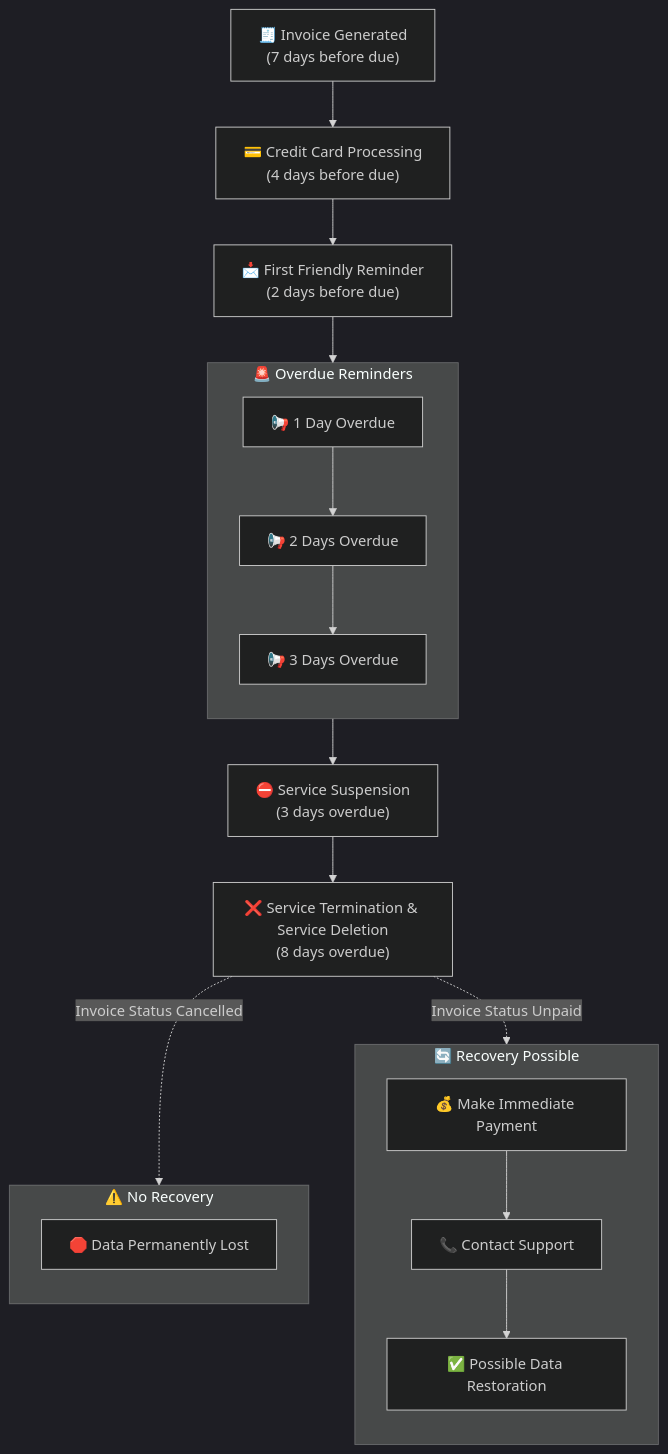
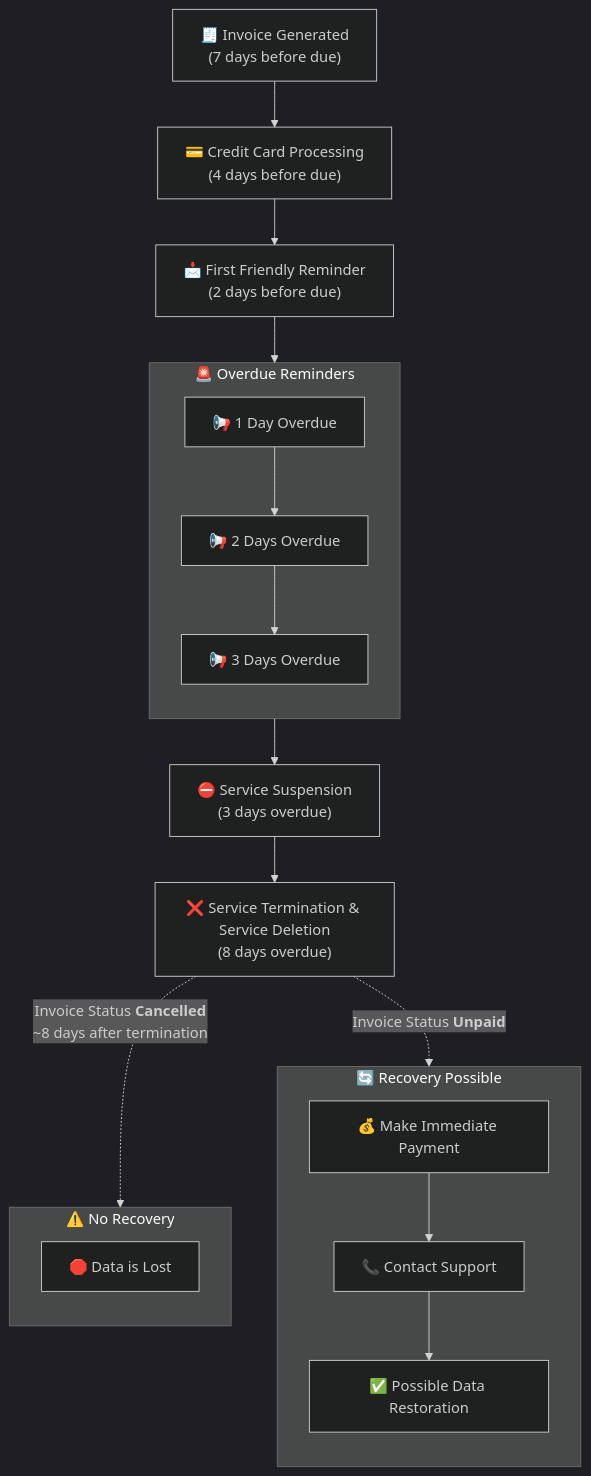
The diagram in faq/billing-lifecycle/automated-vps-billing-workflow.mdx (gExPl0ReR/docs), drawn with Mermaid (dark theme) before and after one commit. The commit also changed 1 other file, not shown here.

Commit message:
adjusting billing flowchart

````diff
--- a/faq/billing-lifecycle/automated-vps-billing-workflow.mdx
+++ b/faq/billing-lifecycle/automated-vps-billing-workflow.mdx
@@ -67,31 +67,31 @@
 ```mermaid
 flowchart TD
     A["🧾 Invoice Generated<br>(7 days before due)"] --> B["💳 Credit Card Processing<br>(4 days before due)"]
     B --> C["📩 First Friendly Reminder<br>(2 days before due)"]
 
     subgraph overdue["🚨 Overdue Reminders"]
         direction TB
         C1["📢 1 Day Overdue"]
         C2["📢 2 Days Overdue"]
         C3["📢 3 Days Overdue"]
     end
     C --> C1 --> C2 --> C3
 
     C3 --> D["⛔ Service Suspension<br>(3 days overdue)"]
     D --> E["❌ Service Termination & Service Deletion<br>(8 days overdue)"]
 
     subgraph recovery["🔄 Recovery Possible"]
         direction TB
         R1["💰 Make Immediate Payment"]
         R2["📞 Contact Support"]
         R3["✅ Possible Data Restoration"]
     end
 
     subgraph no_recovery["⚠️ No Recovery"]
         direction TB
-        X[""🛑 Data Permanently Lost""]
+        X[""🛑 Data is Lost""]
     end
 
-    E -.->|Invoice Status Unpaid| R1 --> R2 --> R3
-    E -.->|Invoice Status Cancelled| X
+    E -.->|Invoice Status <b>Unpaid</b>| R1 --> R2 --> R3
+    E -.->|Invoice Status <b>Cancelled</b> <br> ~8 days after termination| X
 ```
````
